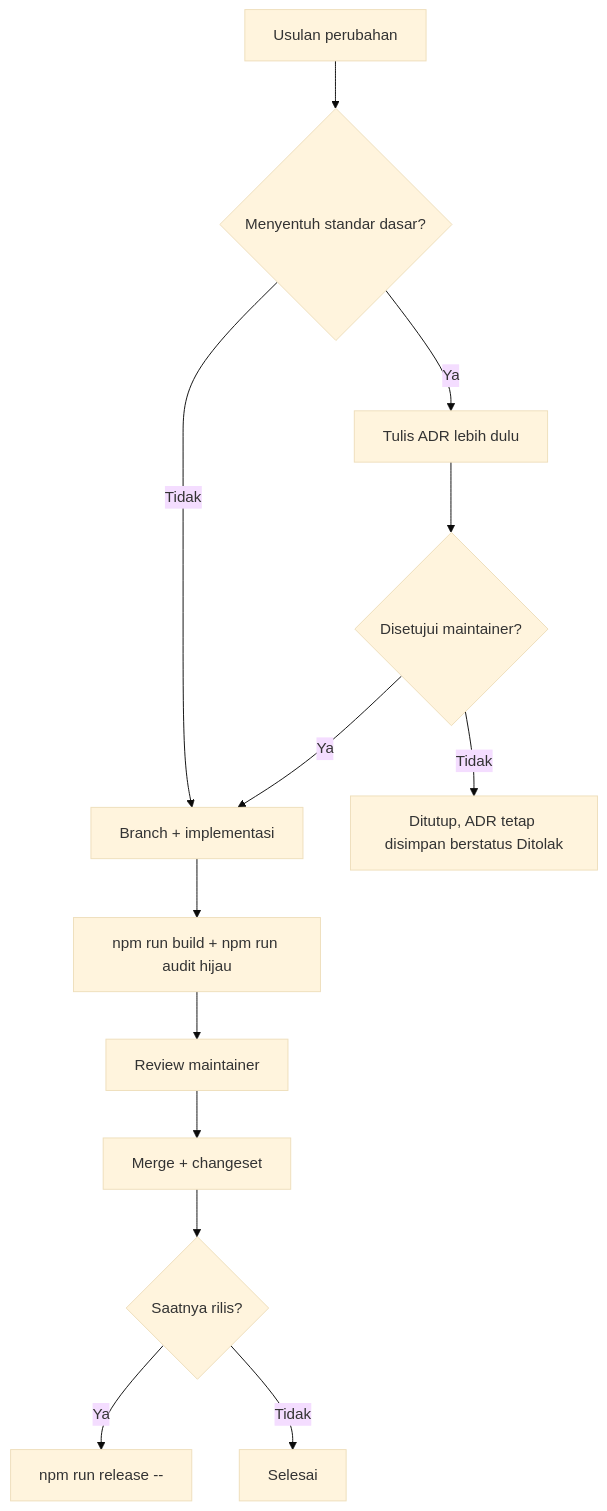
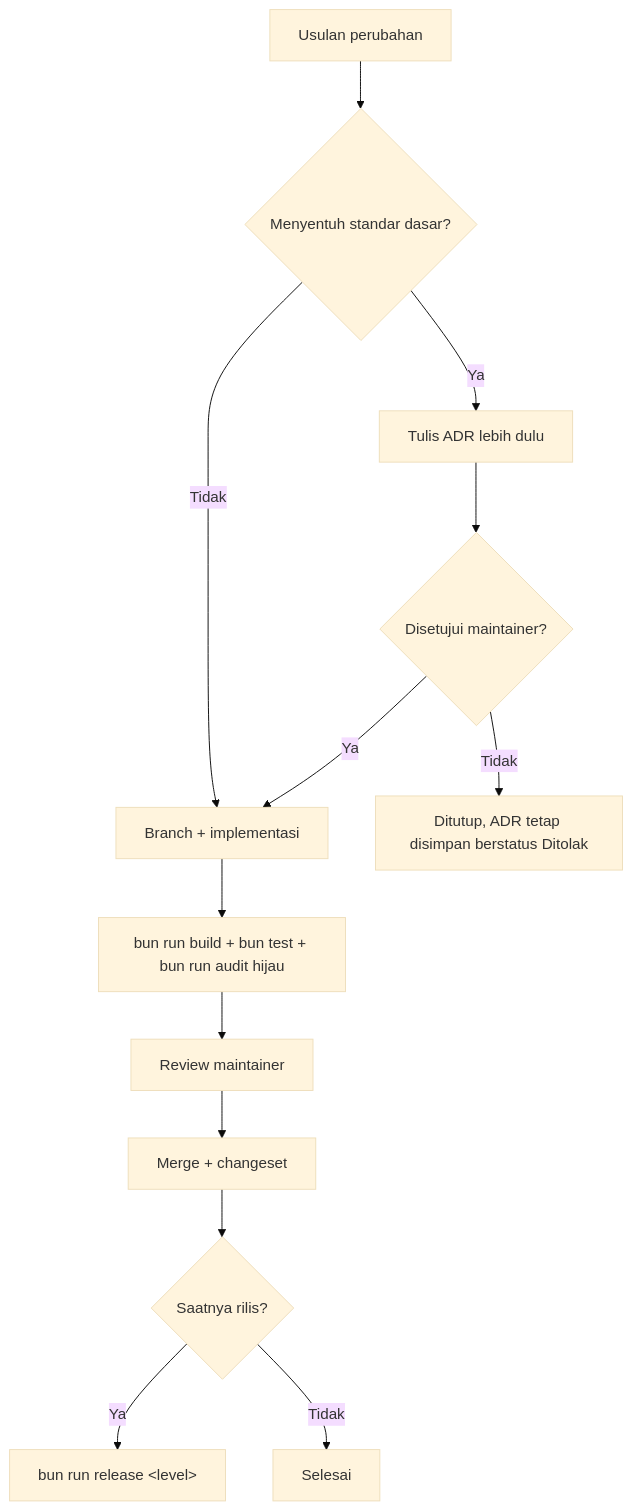
Before and after one commit to ahliweb/awcms-astro: the diagram in GOVERNANCE.md, drawn with Mermaid (base theme). The commit also changed 31 other files, not shown here.

````diff
--- a/GOVERNANCE.md
+++ b/GOVERNANCE.md
@@ -38,15 +38,15 @@
 ```mermaid
 flowchart TD
   Usul["Usulan perubahan"] --> Jenis{"Menyentuh standar dasar?"}
   Jenis -->|Ya| ADR["Tulis ADR lebih dulu"]
   Jenis -->|Tidak| Branch["Branch + implementasi"]
   ADR --> Setuju{"Disetujui maintainer?"}
   Setuju -->|Ya| Branch
   Setuju -->|Tidak| Tutup["Ditutup, ADR tetap disimpan berstatus Ditolak"]
-  Branch --> Gerbang["npm run build + npm run audit hijau"]
+  Branch --> Gerbang["bun run build + bun test + bun run audit hijau"]
   Gerbang --> Review["Review maintainer"]
   Review --> Merge["Merge + changeset"]
   Merge --> Rilis{"Saatnya rilis?"}
-  Rilis -->|Ya| Tag["npm run release -- <level>"]
+  Rilis -->|Ya| Tag["bun run release &lt;level&gt;"]
   Rilis -->|Tidak| Selesai["Selesai"]
 ```
````
